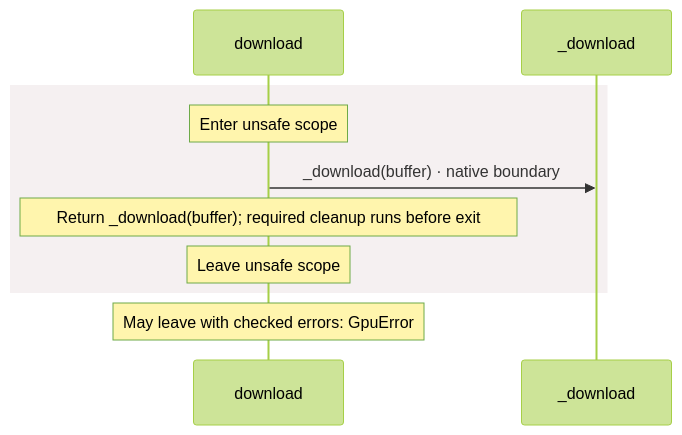
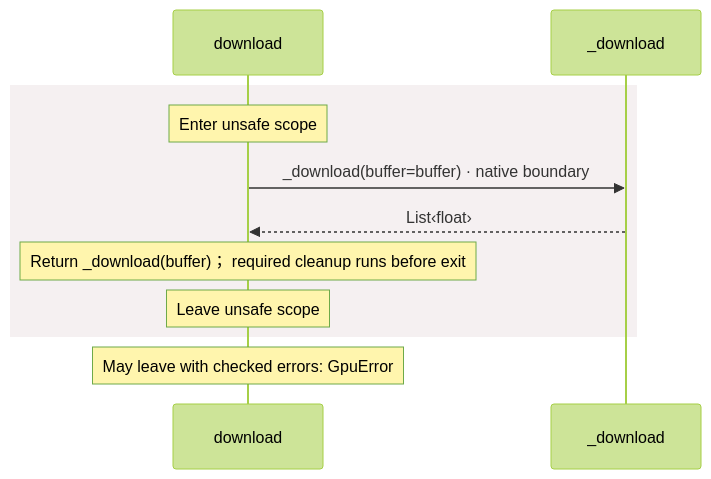
One commit to GreenPandaStudios/augscript changed the fifth of 5 diagrams in docs/examples/native-gpu/dependencies/packages/@greenpandastudios/aug-gpu/0.1.1/api-diagrams.md. Above: the diagram before and after it, drawn with Mermaid (forest theme). The commit also changed other lines of this file and 524 other files, not shown here.

Commit message:
Explain checked data flow at folder and service levels

````diff
--- a/docs/examples/native-gpu/dependencies/packages/@greenpandastudios/aug-gpu/0.1.1/api-diagrams.md
+++ b/docs/examples/native-gpu/dependencies/packages/@greenpandastudios/aug-gpu/0.1.1/api-diagrams.md
@@ -176,12 +148,13 @@
 ```mermaid
 sequenceDiagram
     participant p0 as download
     participant p1 as _download
     rect rgb(245, 240, 241)
     Note over p0: Enter unsafe scope
-    p0->>p1: _download(buffer) · native boundary
-    Note over p0: Return _download(buffer)#59; required cleanup runs before exit
+    p0->>p1: _download(buffer=buffer) · native boundary
+    p1-->>p0: List‹float›
+    Note over p0: Return _download(buffer)； required cleanup runs before exit
     Note over p0: Leave unsafe scope
     end
     Note over p0: May leave with checked errors: GpuError
 ```
````
